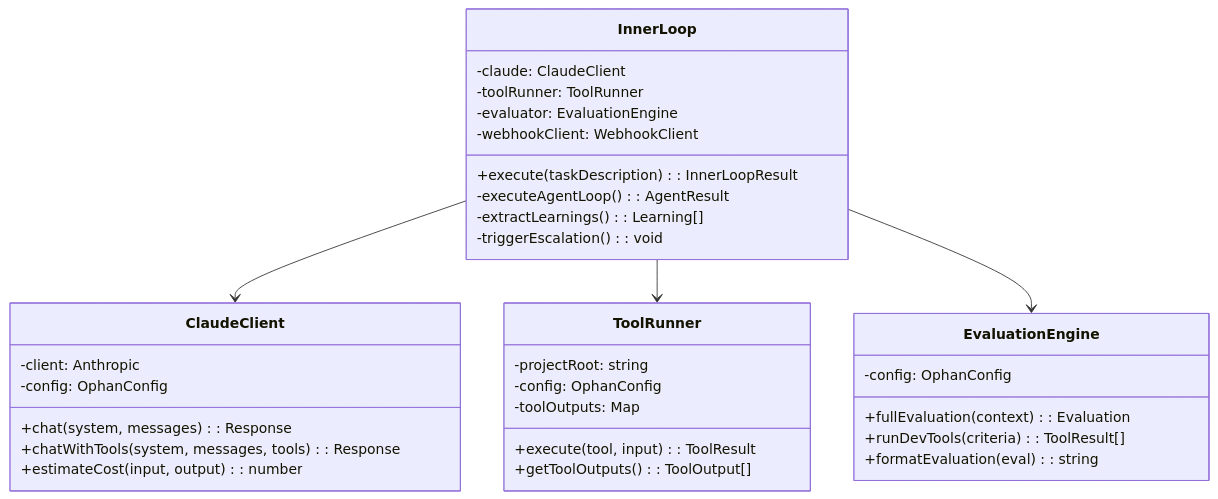
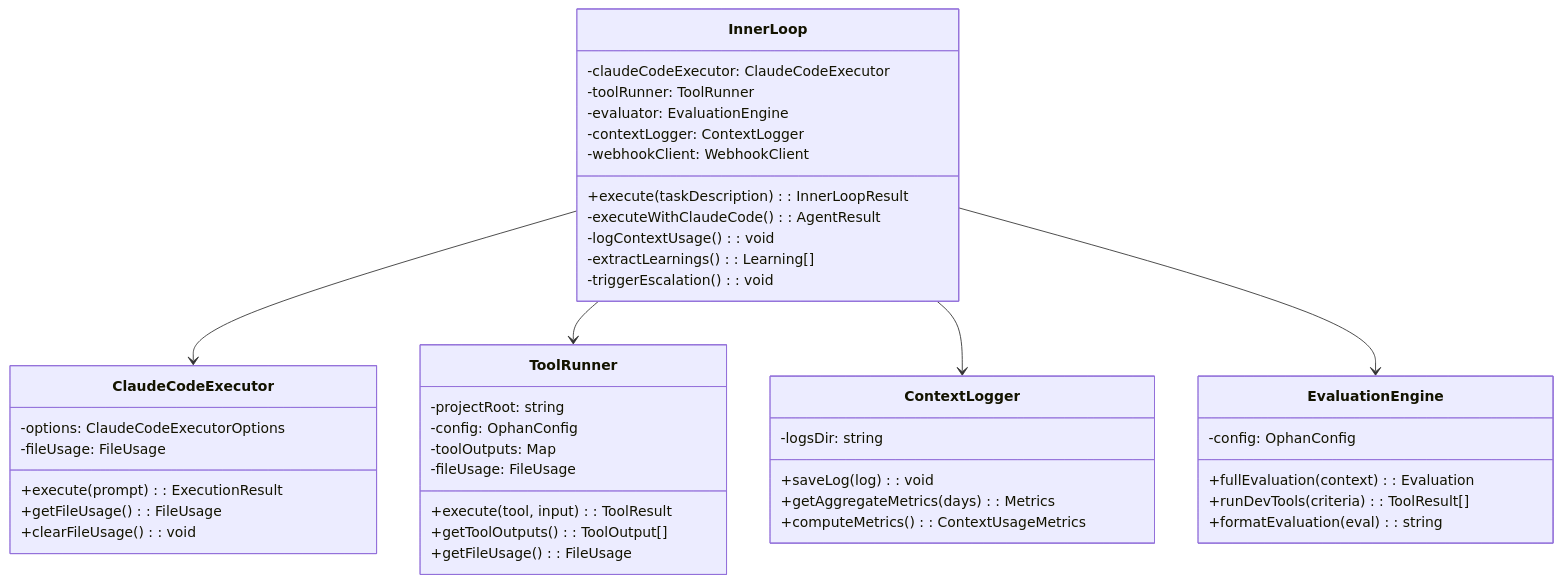
Before and after one commit to cymfg/ophan: the fourth of 12 diagrams in docs/architecture.md, drawn with Mermaid. The commit also changed other lines of this file and 34 other files, not shown here.

First line of the commit message:
feat: add core agent types and utilities for multi-agent architecture

````diff
--- a/docs/architecture.md
+++ b/docs/architecture.md
@@ -104,40 +173,52 @@
 ```mermaid
 classDiagram
     class InnerLoop {
-        -claude: ClaudeClient
+        -claudeCodeExecutor: ClaudeCodeExecutor
         -toolRunner: ToolRunner
         -evaluator: EvaluationEngine
+        -contextLogger: ContextLogger
         -webhookClient: WebhookClient
         +execute(taskDescription): InnerLoopResult
-        -executeAgentLoop(): AgentResult
+        -executeWithClaudeCode(): AgentResult
+        -logContextUsage(): void
         -extractLearnings(): Learning[]
         -triggerEscalation(): void
     }
 
-    class ClaudeClient {
-        -client: Anthropic
-        -config: OphanConfig
-        +chat(system, messages): Response
-        +chatWithTools(system, messages, tools): Response
-        +estimateCost(input, output): number
+    class ClaudeCodeExecutor {
+        -options: ClaudeCodeExecutorOptions
+        -fileUsage: FileUsage
+        +execute(prompt): ExecutionResult
+        +getFileUsage(): FileUsage
+        +clearFileUsage(): void
     }
 
     class ToolRunner {
         -projectRoot: string
         -config: OphanConfig
         -toolOutputs: Map
+        -fileUsage: FileUsage
         +execute(tool, input): ToolResult
         +getToolOutputs(): ToolOutput[]
+        +getFileUsage(): FileUsage
+    }
+
+    class ContextLogger {
+        -logsDir: string
+        +saveLog(log): void
+        +getAggregateMetrics(days): Metrics
+        +computeMetrics(): ContextUsageMetrics
     }
 
     class EvaluationEngine {
         -config: OphanConfig
         +fullEvaluation(context): Evaluation
         +runDevTools(criteria): ToolResult[]
         +formatEvaluation(eval): string
     }
 
-    InnerLoop --> ClaudeClient
+    InnerLoop --> ClaudeCodeExecutor
     InnerLoop --> ToolRunner
+    InnerLoop --> ContextLogger
     InnerLoop --> EvaluationEngine
 ```
````
